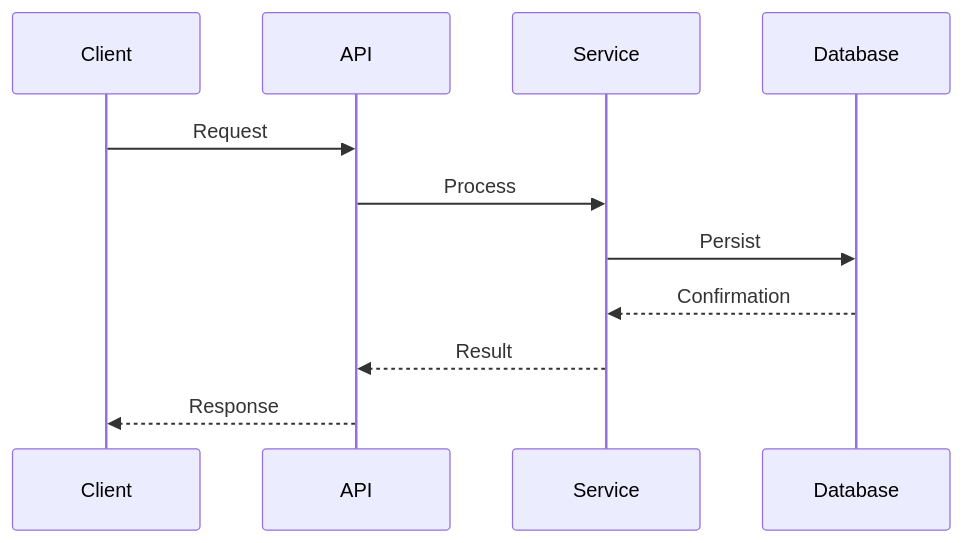
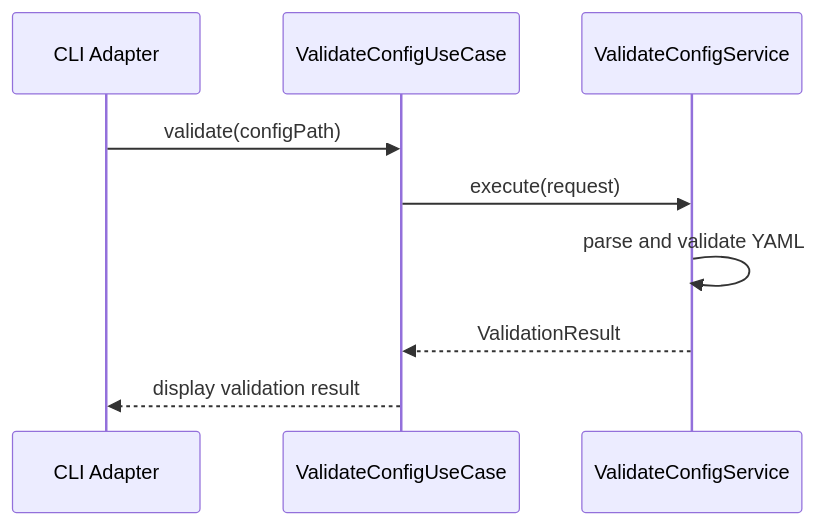
The second of 2 diagrams in docs/architecture/service-architecture.md (edercnj/ia-dev-environment), drawn with Mermaid before and after one commit. The commit also changed other lines of this file and 22 other files, not shown here.

````diff
--- a/docs/architecture/service-architecture.md
+++ b/docs/architecture/service-architecture.md
@@ -75,13 +136,12 @@
 ```mermaid
 sequenceDiagram
-    participant C as Client
-    participant A as API
-    participant S as Service
-    participant D as Database
-    C->>A: Request
-    A->>S: Process
-    S->>D: Persist
-    D-->>S: Confirmation
-    S-->>A: Result
-    A-->>C: Response
+    participant CLI as CLI Adapter
+    participant UC as ValidateConfigUseCase
+    participant SVC as ValidateConfigService
+
+    CLI->>UC: validate(configPath)
+    UC->>SVC: execute(request)
+    SVC->>SVC: parse and validate YAML
+    SVC-->>UC: ValidationResult
+    UC-->>CLI: display validation result
 ```
````
